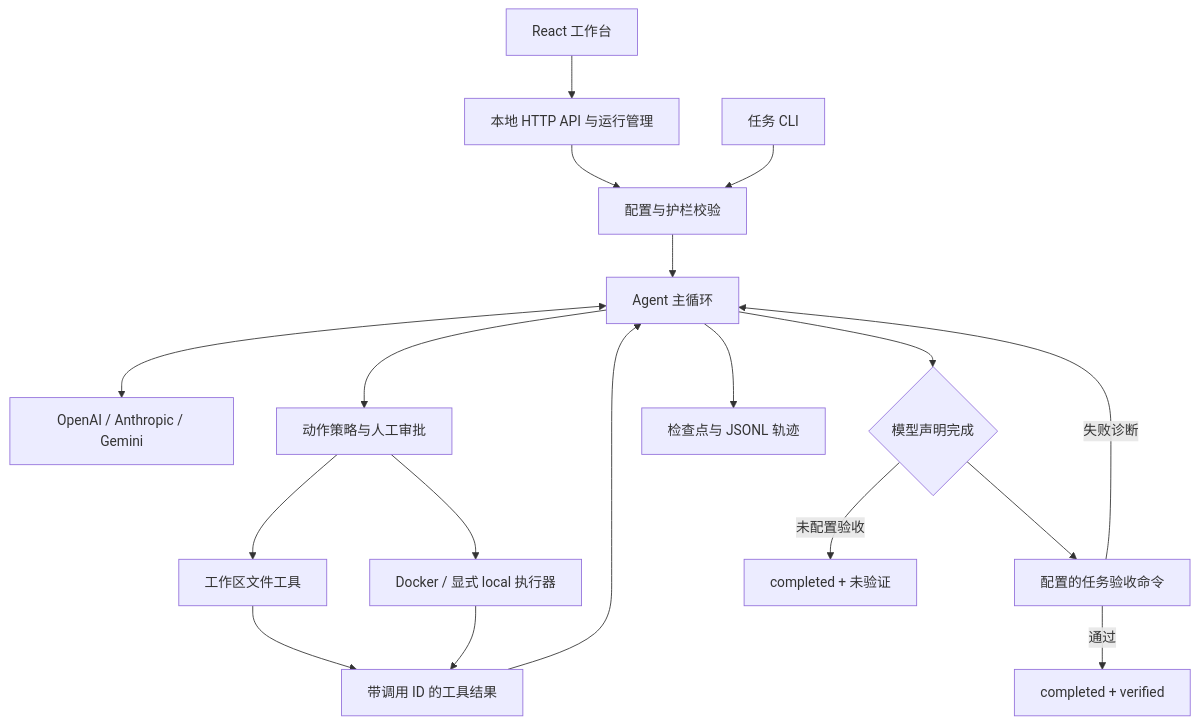
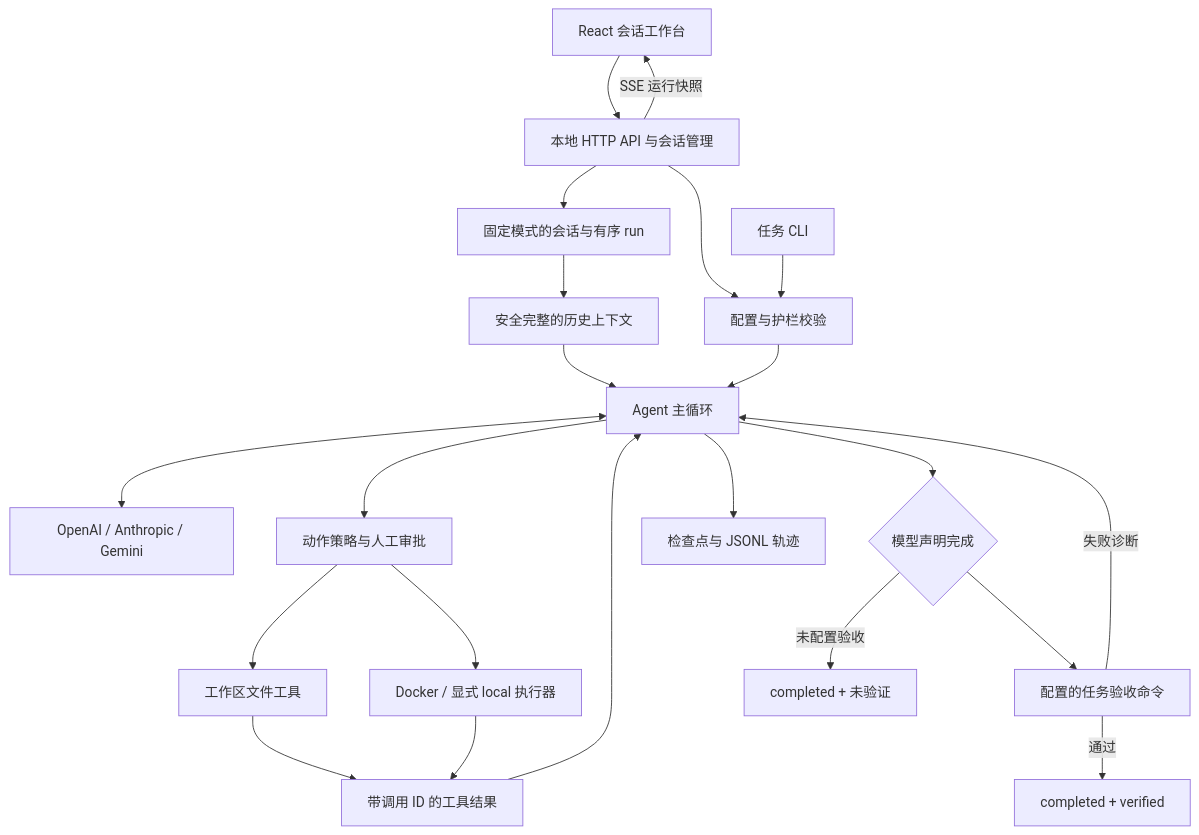
Before and after one commit to xujianghu/Coding-Agent-Harness: the diagram in docs/architecture.md, drawn with Mermaid. The commit also changed other lines of this file and 24 other files, not shown here.

````diff
--- a/docs/architecture.md
+++ b/docs/architecture.md
@@ -5,20 +5,24 @@
 ```mermaid
 flowchart TD
-    UI[React 工作台] --> API[本地 HTTP API 与运行管理]
+    UI[React 会话工作台] --> API[本地 HTTP API 与会话管理]
+    API --> Conversation[固定模式的会话与有序 run]
+    Conversation --> Context[安全完整的历史上下文]
+    Context --> Loop
+    API -->|SSE 运行快照| UI
     API --> Config[配置与护栏校验]
     CLI[任务 CLI] --> Config
     Config --> Loop[Agent 主循环]
     Loop <--> LLM[OpenAI / Anthropic / Gemini]
     Loop --> Policy[动作策略与人工审批]
     Policy --> Files[工作区文件工具]
     Policy --> Executor[Docker / 显式 local 执行器]
     Files --> Result[带调用 ID 的工具结果]
     Executor --> Result
     Result --> Loop
     Loop --> Done{模型声明完成}
     Done --> Verify[配置的任务验收命令]
     Verify -->|失败诊断| Loop
     Verify -->|通过| Verified[completed + verified]
     Done -->|未配置验收| Complete[completed + 未验证]
     Loop --> Store[检查点与 JSONL 轨迹]
 ```
````
